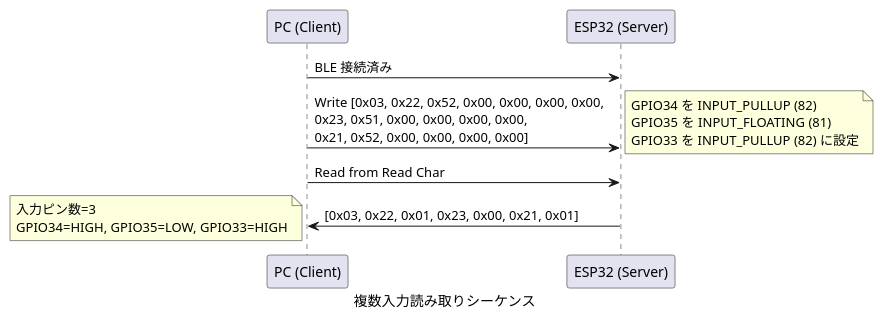
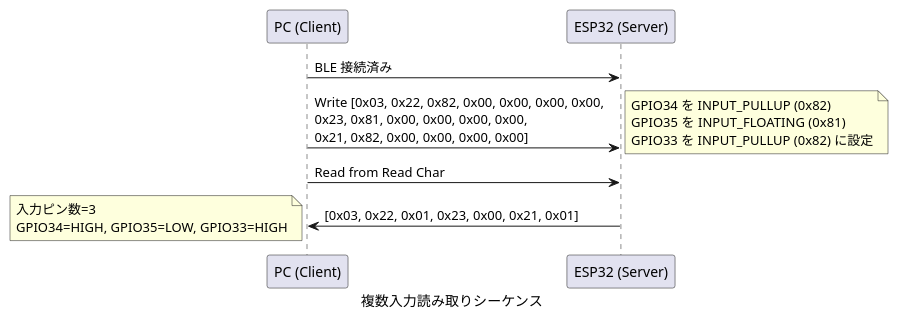
One commit to Hondarer/bleio changed the fourth of 4 diagrams in docs-src/bleio-protocol.md. Above: the diagram before and after it, drawn with PlantUML. The commit also changed other lines of this file and 4 other files, not shown here.

````diff
--- a/docs-src/bleio-protocol.md
+++ b/docs-src/bleio-protocol.md
@@ -383,17 +383,17 @@
 ```plantuml
 @startuml 複数入力読み取りシーケンス
     caption 複数入力読み取りシーケンス
 
     participant "PC (Client)" as PC
     participant "ESP32 (Server)" as ESP32
 
     PC -> ESP32: BLE 接続済み
 
-    PC -> ESP32: Write [0x03, 0x22, 0x52, 0x00, 0x00, 0x00, 0x00,\n0x23, 0x51, 0x00, 0x00, 0x00, 0x00,\n0x21, 0x52, 0x00, 0x00, 0x00, 0x00]
-    note right: GPIO34 を INPUT_PULLUP (82)\nGPIO35 を INPUT_FLOATING (81)\nGPIO33 を INPUT_PULLUP (82) に設定
+    PC -> ESP32: Write [0x03, 0x22, 0x82, 0x00, 0x00, 0x00, 0x00,\n0x23, 0x81, 0x00, 0x00, 0x00, 0x00,\n0x21, 0x82, 0x00, 0x00, 0x00, 0x00]
+    note right: GPIO34 を INPUT_PULLUP (0x82)\nGPIO35 を INPUT_FLOATING (0x81)\nGPIO33 を INPUT_PULLUP (0x82) に設定
 
     PC -> ESP32: Read from Read Char
     ESP32 -> PC: [0x03, 0x22, 0x01, 0x23, 0x00, 0x21, 0x01]
     note left: 入力ピン数=3\nGPIO34=HIGH, GPIO35=LOW, GPIO33=HIGH
 @enduml
 ```
````
